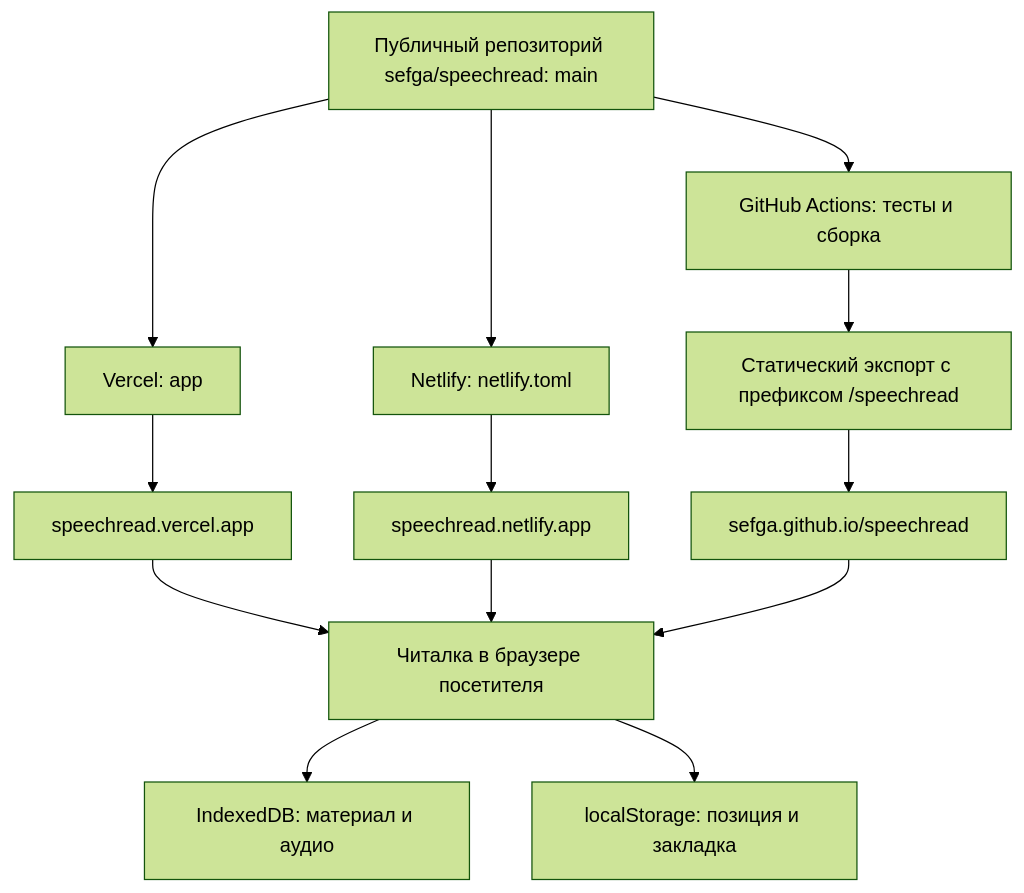
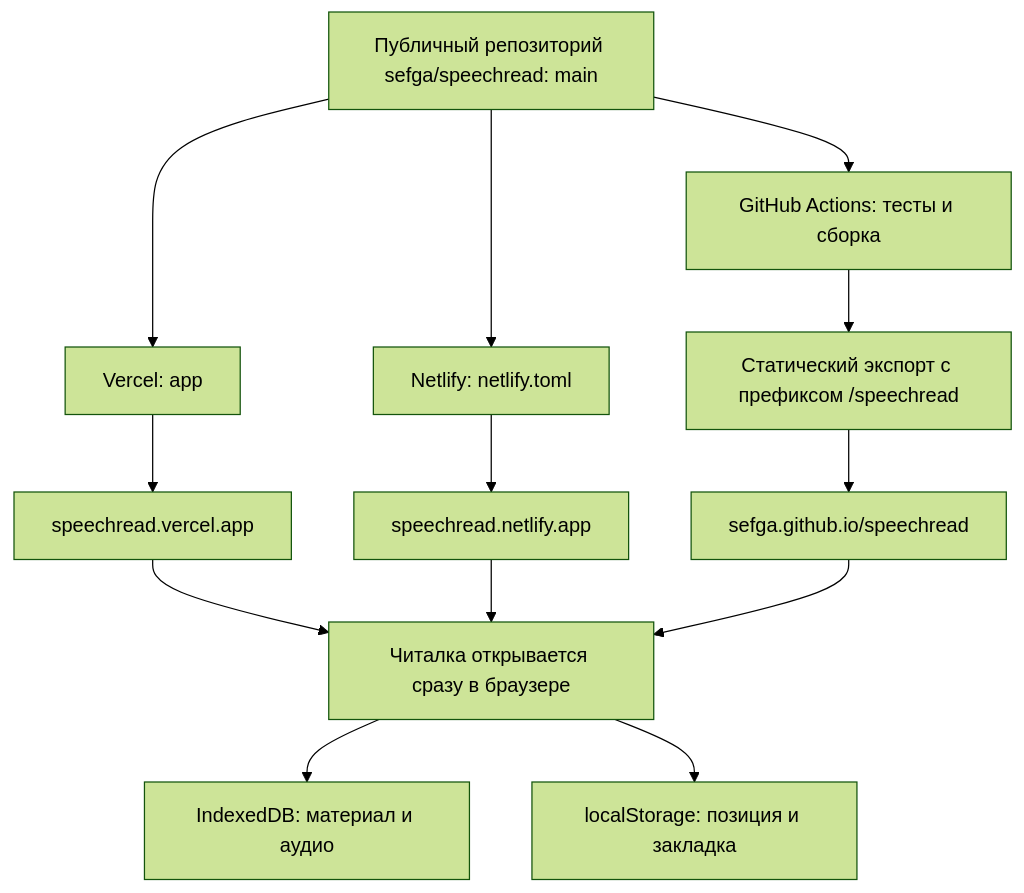
The diagram in app/docs/deployment.md (sefga/SmartReader), drawn with Mermaid (forest theme) before and after one commit. The commit also changed other lines of this file and 9 other files, not shown here.

````diff
--- a/app/docs/deployment.md
+++ b/app/docs/deployment.md
@@ -15,15 +15,15 @@
 ```mermaid
 flowchart TD
     A[Публичный репозиторий sefga/speechread: main] --> B[Vercel: app]
     A --> C[Netlify: netlify.toml]
     A --> D[GitHub Actions: тесты и сборка]
     B --> E[speechread.vercel.app]
     C --> F[speechread.netlify.app]
     D --> G[Статический экспорт с префиксом /speechread]
     G --> H[sefga.github.io/speechread]
-    E --> I[Читалка в браузере посетителя]
+    E --> I[Читалка открывается сразу в браузере]
     F --> I
     H --> I
     I --> J[IndexedDB: материал и аудио]
     I --> K[localStorage: позиция и закладка]
 ```
````
